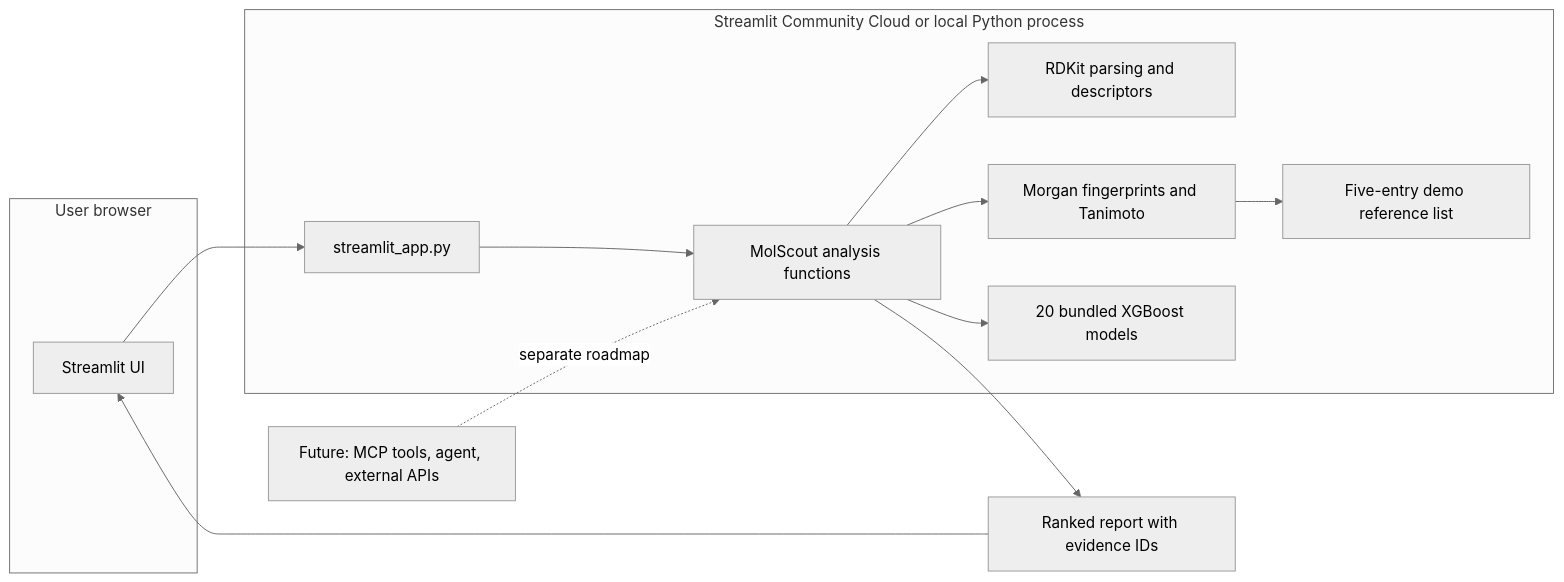
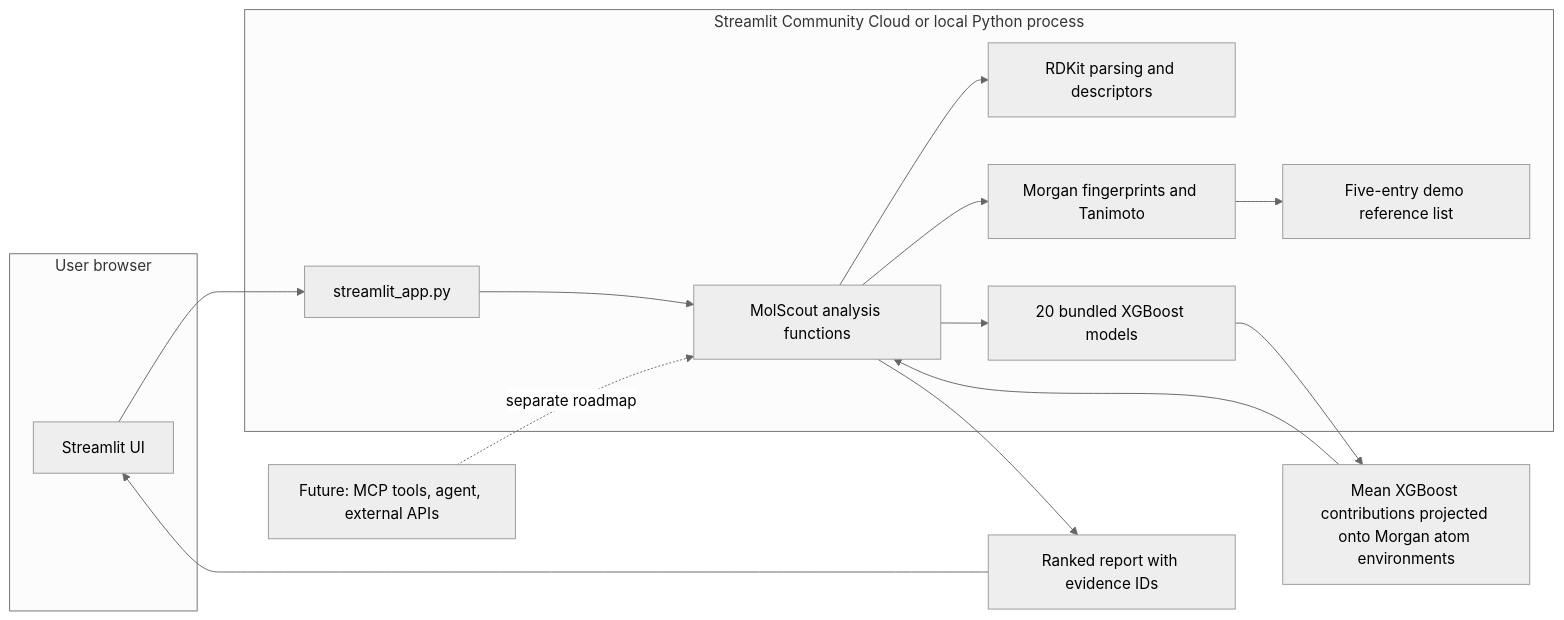
One commit to rohith-jpg/molscout changed the second of 2 diagrams in README.md. Above: the diagram before and after it, drawn with Mermaid (neutral theme). The commit also changed other lines of this file and 6 other files, not shown here.

````diff
--- a/README.md
+++ b/README.md
@@ -56,23 +59,25 @@
 ```mermaid
 flowchart LR
     subgraph Browser[User browser]
         UI[Streamlit UI]
     end
     subgraph Runtime[Streamlit Community Cloud or local Python process]
         APP[streamlit_app.py]
         CORE[MolScout analysis functions]
         RD[RDKit parsing and descriptors]
         FP[Morgan fingerprints and Tanimoto]
         REF[Five-entry demo reference list]
         MODELS[20 bundled XGBoost models]
     end
     UI --> APP
     APP --> CORE
     CORE --> RD
     CORE --> FP
     FP --> REF
     CORE --> MODELS
+    MODELS --> EX[Mean XGBoost contributions projected onto Morgan atom environments]
+    EX --> CORE
     CORE --> OUT[Ranked report with evidence IDs]
     OUT --> UI
     FUT[Future: MCP tools, agent, external APIs] -. separate roadmap .-> CORE
 ```
````
